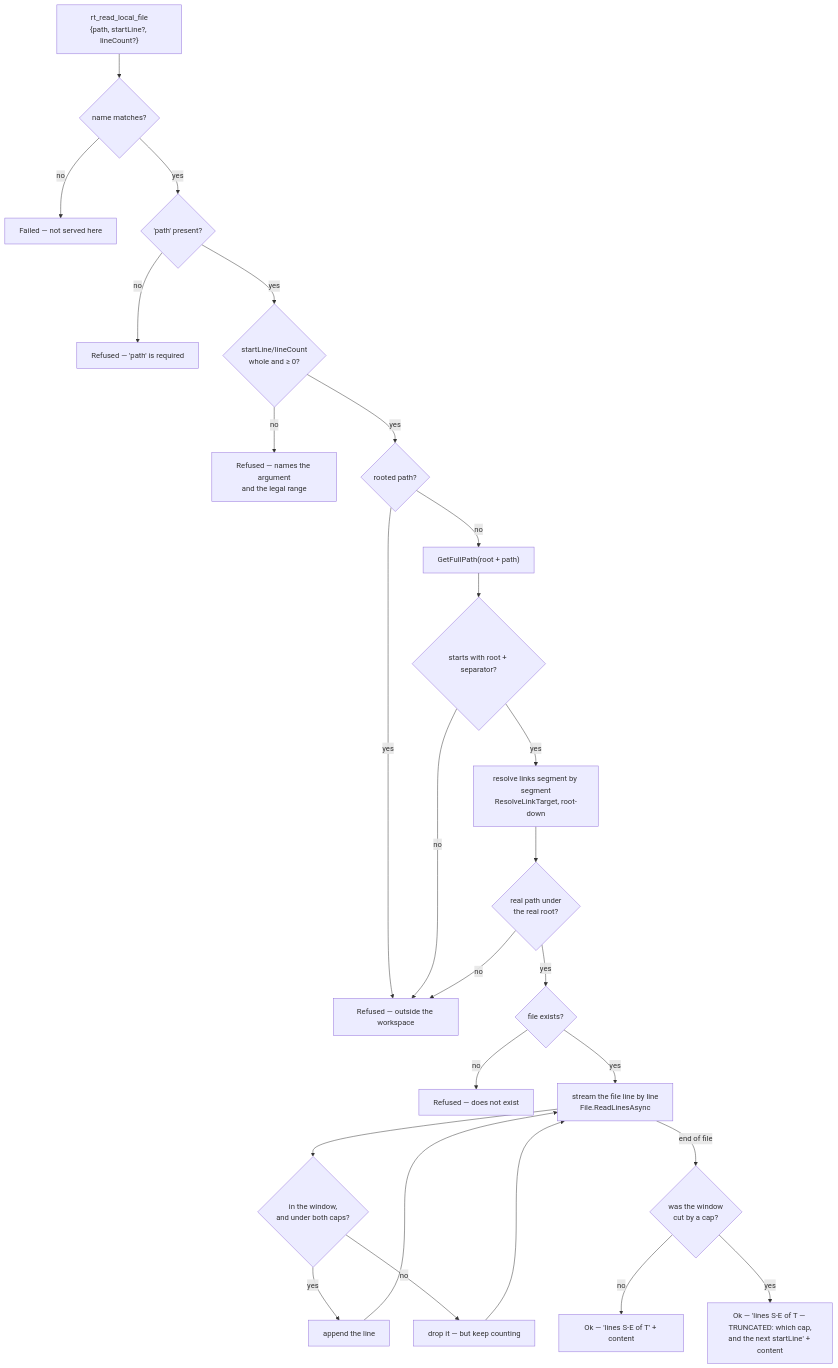
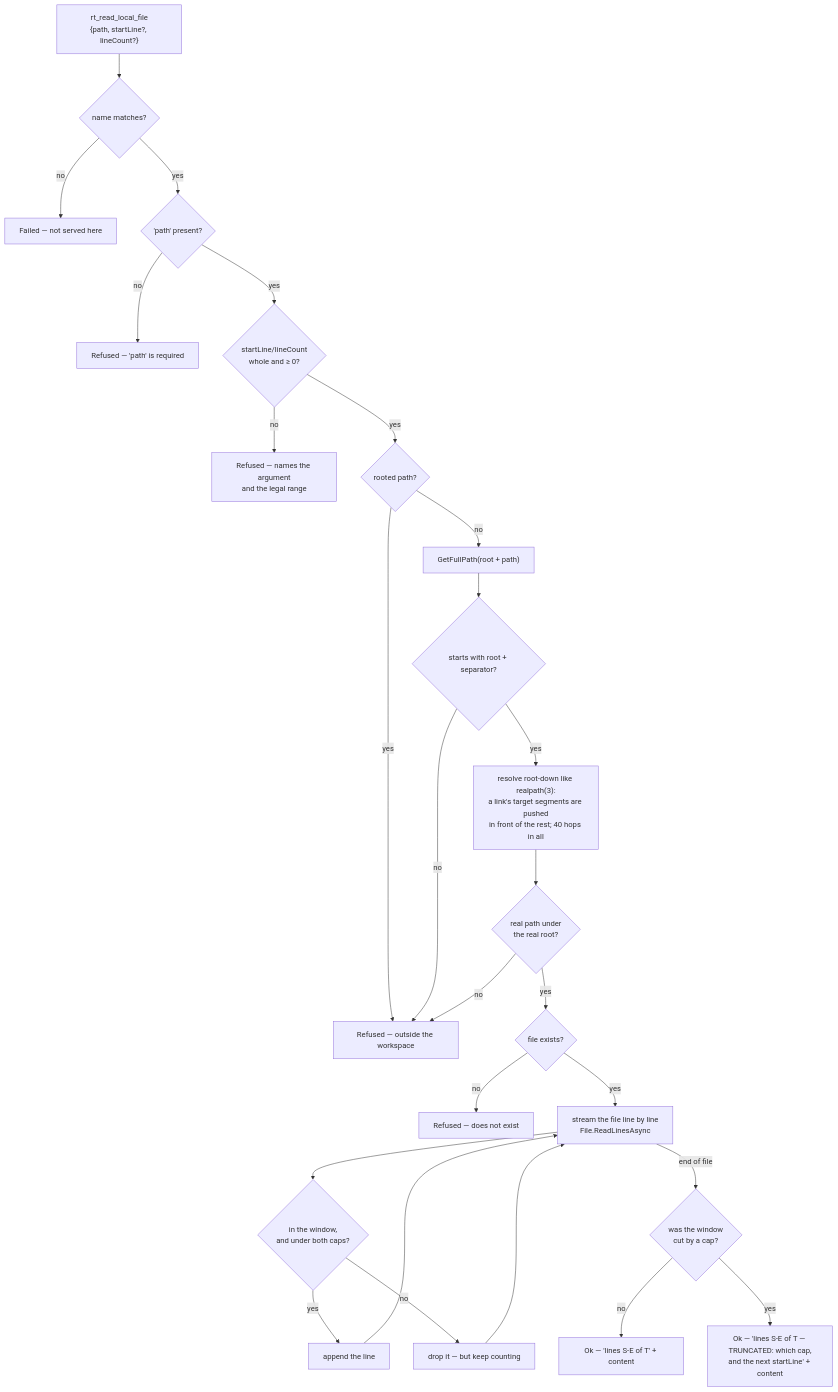
One commit to oleksandrdubyna88/dew_flow_mcp changed the diagram in research/module_workspace_tools.md. Above: the diagram before and after it, drawn with Mermaid. The commit also changed other lines of this file and 5 other files, not shown here.

First line of the commit message:
fix(security): the workspace sandbox resolves a link's target fully — a chained link read files outside the root (#61)

````diff
--- a/research/module_workspace_tools.md
+++ b/research/module_workspace_tools.md
@@ -17,28 +17,28 @@
 ```mermaid
 flowchart TD
     CALL["rt_read_local_file<br/>{path, startLine?, lineCount?}"] --> NAME{"name matches?"}
     NAME -->|no| WRONG["Failed — not served here"]
     NAME -->|yes| PATH{"'path' present?"}
     PATH -->|no| MISSING["Refused — 'path' is required"]
     PATH -->|yes| NUMBERS{"startLine/lineCount<br/>whole and ≥ 0?"}
     NUMBERS -->|no| RANGE["Refused — names the argument<br/>and the legal range"]
     NUMBERS -->|yes| ROOTED{"rooted path?"}
     ROOTED -->|yes| OUT["Refused — outside the workspace"]
     ROOTED -->|no| RESOLVE["GetFullPath(root + path)"]
     RESOLVE --> INSIDE{"starts with root + separator?"}
     INSIDE -->|no| OUT
-    INSIDE -->|yes| REAL["resolve links segment by segment<br/>ResolveLinkTarget, root-down"]
+    INSIDE -->|yes| REAL["resolve root-down like realpath(3):<br/>a link's target segments are pushed<br/>in front of the rest; 40 hops in all"]
     REAL --> REALIN{"real path under<br/>the real root?"}
     REALIN -->|no| OUT
     REALIN -->|yes| EXISTS{"file exists?"}
     EXISTS -->|no| ABSENT["Refused — does not exist"]
     EXISTS -->|yes| STREAM["stream the file line by line<br/>File.ReadLinesAsync"]
     STREAM --> KEEP{"in the window,<br/>and under both caps?"}
     KEEP -->|yes| TAKE["append the line"]
     KEEP -->|no| COUNT["drop it — but keep counting"]
     TAKE --> STREAM
     COUNT --> STREAM
     STREAM -->|end of file| CLIP{"was the window<br/>cut by a cap?"}
     CLIP -->|no| OK["Ok — 'lines S-E of T' + content"]
     CLIP -->|yes| CUT["Ok — 'lines S-E of T — TRUNCATED: which cap,<br/>and the next startLine' + content"]
 ```
````
